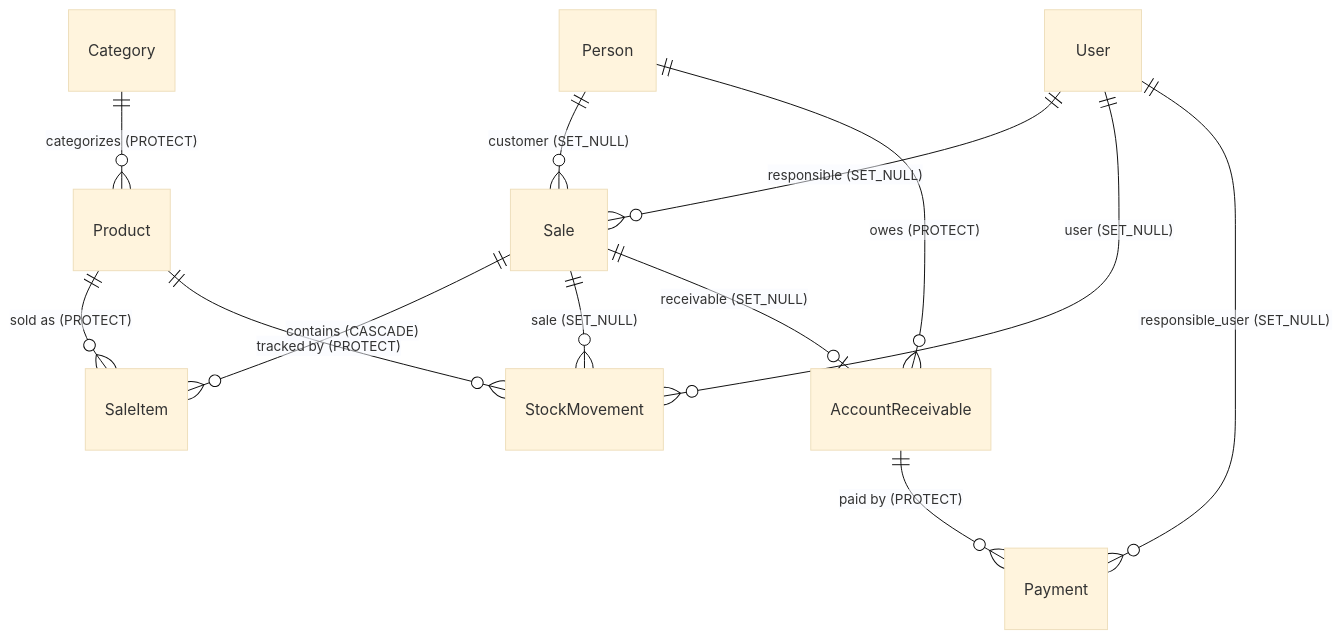
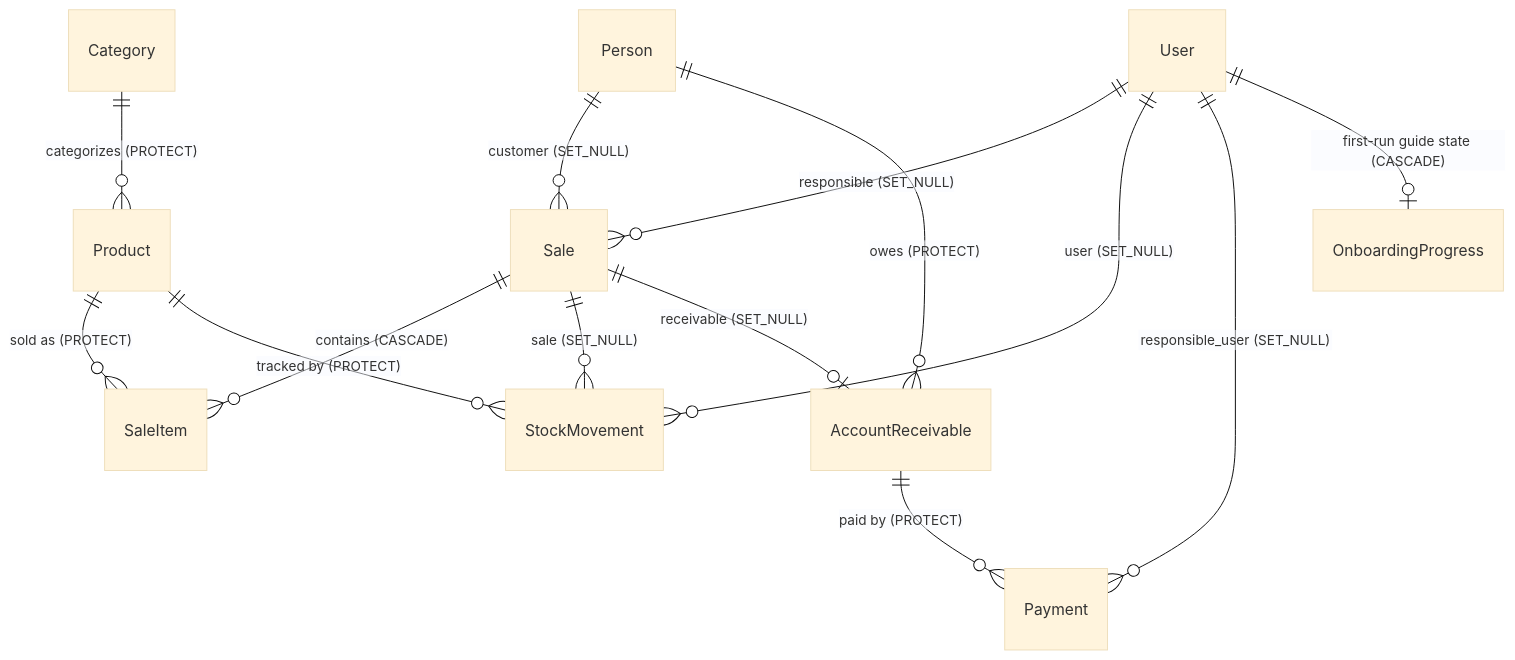
Before and after one commit to igbtw/quadrum-manager: the diagram in docs/data-model.md, drawn with Mermaid (base theme). The commit also changed other lines of this file and 79 other files, not shown here.

````diff
--- a/docs/data-model.md
+++ b/docs/data-model.md
@@ -43,15 +47,16 @@
 ```mermaid
 erDiagram
     Category ||--o{ Product : "categorizes (PROTECT)"
     Person ||--o{ Sale : "customer (SET_NULL)"
     User ||--o{ Sale : "responsible (SET_NULL)"
     Sale ||--o{ SaleItem : "contains (CASCADE)"
     Product ||--o{ SaleItem : "sold as (PROTECT)"
     Product ||--o{ StockMovement : "tracked by (PROTECT)"
     Sale ||--o{ StockMovement : "sale (SET_NULL)"
     User ||--o{ StockMovement : "user (SET_NULL)"
     Person ||--o{ AccountReceivable : "owes (PROTECT)"
     Sale ||--o| AccountReceivable : "receivable (SET_NULL)"
     AccountReceivable ||--o{ Payment : "paid by (PROTECT)"
     User ||--o{ Payment : "responsible_user (SET_NULL)"
+    User ||--o| OnboardingProgress : "first-run guide state (CASCADE)"
 ```
````
